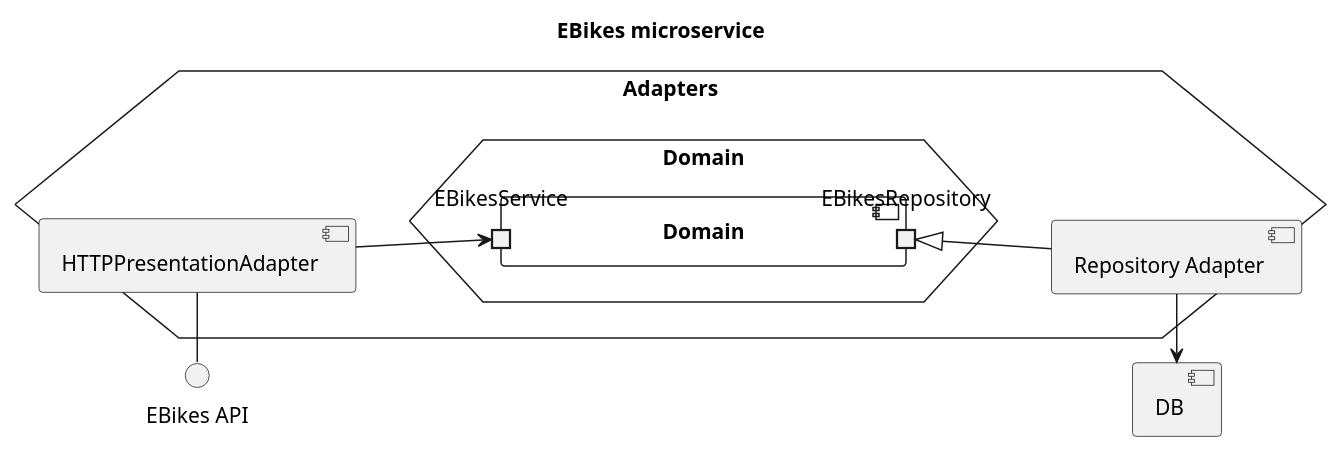
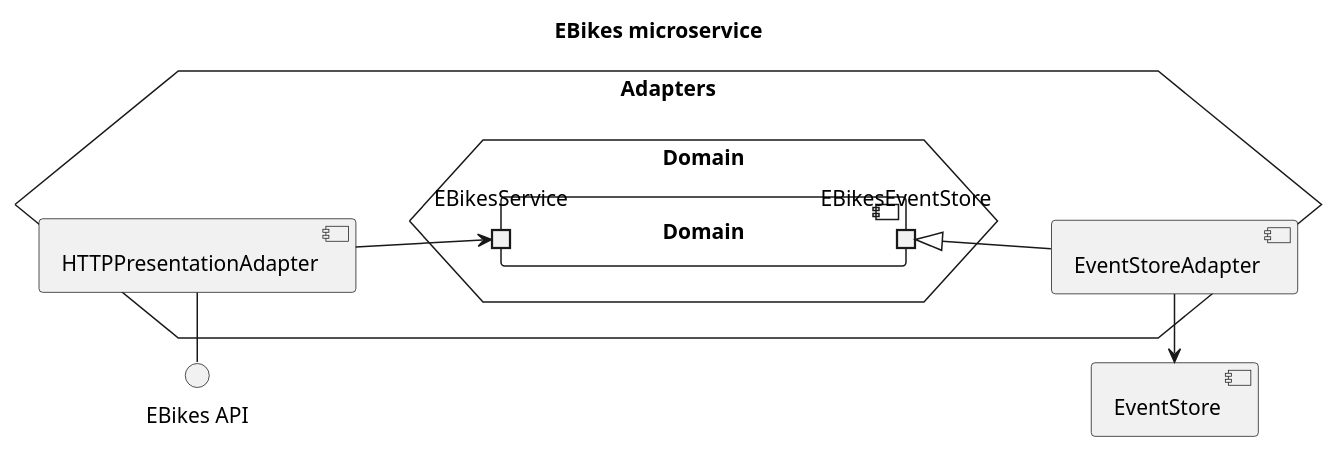
One commit to Ventus218/SAP-assignment-03 changed the diagram in doc/diagrams/src/ebikes-components.puml. Above: the diagram before and after it, drawn with PlantUML. The commit also changed 2 other files, not shown here.

```diff
--- a/doc/diagrams/src/ebikes-components.puml
+++ b/doc/diagrams/src/ebikes-components.puml
@@ -1,27 +1,27 @@
 @startuml ebikes-components
 
 title "EBikes microservice"
 
 left to right direction
 
-component "DB"
+component EventStore
 interface "EBikes API" as EBikesAPI
 
 hexagon Adapters {
     hexagon Domain as DomainHex {
         component Domain {
-            portout "EBikesRepository" as Repo
+            portout EBikesEventStore
             portin EBikesService
         }
     }
 
-    component "Repository Adapter" as RepoAdapter
-    RepoAdapter -u-|> Repo
-    RepoAdapter -l-> DB
+    component "EventStoreAdapter" as EventStoreAdapter
+    EventStoreAdapter -u-|> EBikesEventStore
+    EventStoreAdapter -l-> EventStore
 
     component "HTTPPresentationAdapter" as HTTPAdapter
     HTTPAdapter -d-> EBikesService
     HTTPAdapter -l-() EBikesAPI
 }
 
 @enduml
```
